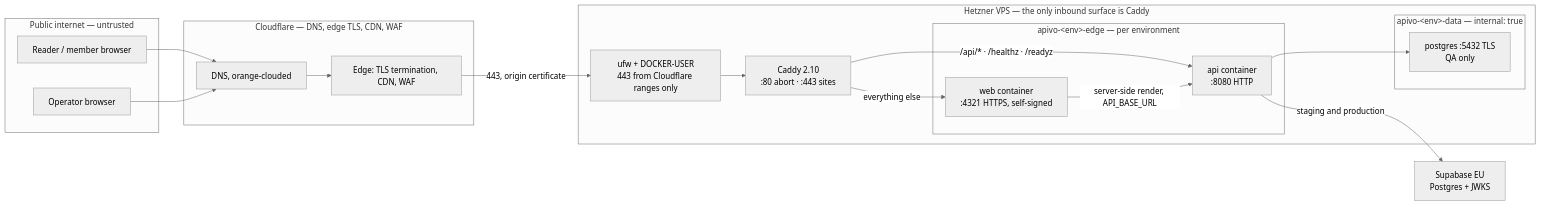
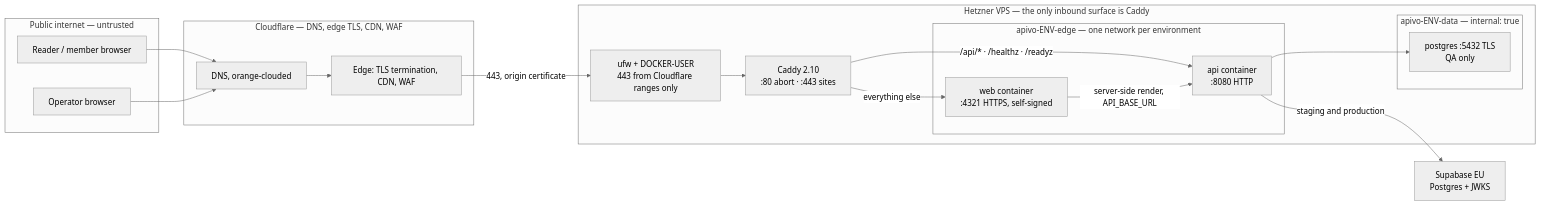
Before and after one commit to Nomos-N4s/apivo-news: the first of 3 diagrams in docs/architecture/network-architecture.md, drawn with Mermaid (neutral theme). The commit also changed other lines of this file and 9 other files, not shown here.

````diff
--- a/docs/architecture/network-architecture.md
+++ b/docs/architecture/network-architecture.md
@@ -127,39 +133,39 @@
 ```mermaid
 flowchart LR
   subgraph Untrusted["Public internet — untrusted"]
     RD["Reader / member browser"]
     OP["Operator browser"]
   end
 
   subgraph CFZ["Cloudflare — DNS, edge TLS, CDN, WAF"]
     DNS["DNS, orange-clouded"]
     EDG["Edge: TLS termination, CDN, WAF"]
   end
 
   subgraph HOST["Hetzner VPS — the only inbound surface is Caddy"]
     FW["ufw + DOCKER-USER<br>443 from Cloudflare ranges only"]
     CAD["Caddy 2.10<br>:80 abort · :443 sites"]
 
-    subgraph ENVNET["apivo-&lt;env&gt;-edge — per environment"]
+    subgraph ENVNET["apivo-ENV-edge — one network per environment"]
       WEB["web container<br>:4321 HTTPS, self-signed"]
       API["api container<br>:8080 HTTP"]
     end
 
-    subgraph DATANET["apivo-&lt;env&gt;-data — internal: true"]
+    subgraph DATANET["apivo-ENV-data — internal: true"]
       PG["postgres :5432 TLS<br>QA only"]
     end
   end
 
   SUPA["Supabase EU<br>Postgres + JWKS"]
 
   RD --> DNS
   OP --> DNS
   DNS --> EDG
   EDG -->|"443, origin certificate"| FW
   FW --> CAD
   CAD -->|"/api/* · /healthz · /readyz"| API
   CAD -->|"everything else"| WEB
   WEB -->|"server-side render, API_BASE_URL"| API
   API --> PG
   API -->|"staging and production"| SUPA
 ```
````
